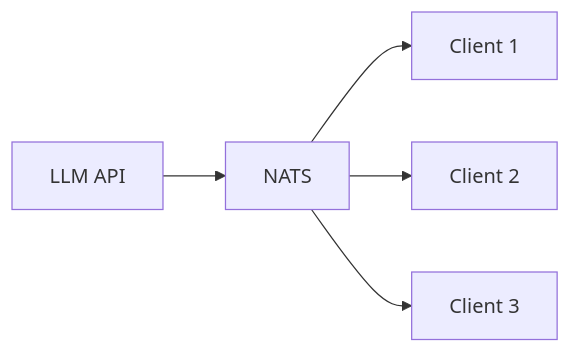
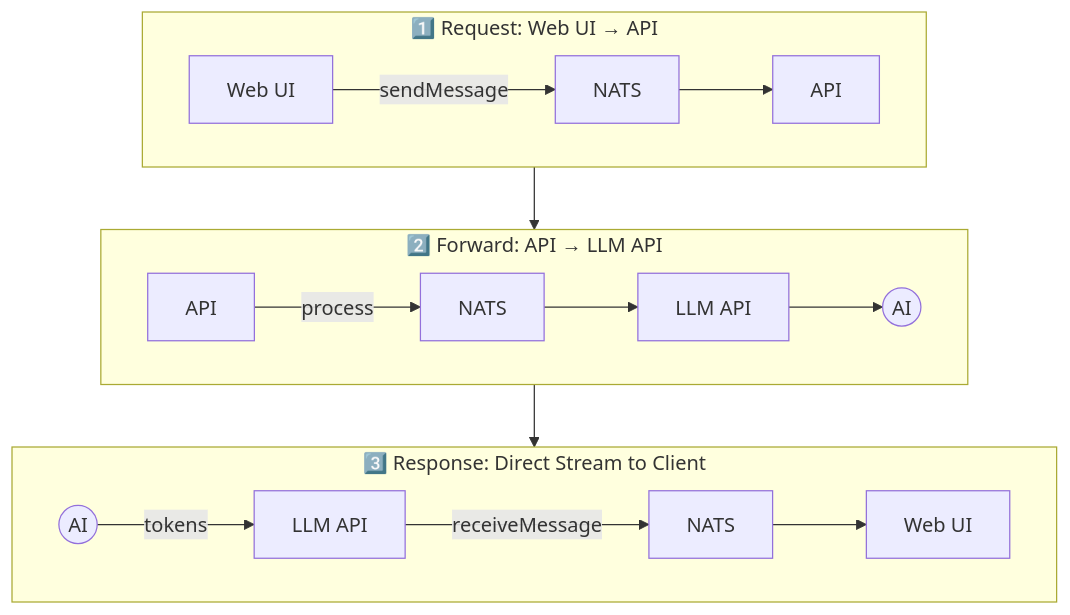
Before and after one commit to Lixpi/lixpi: the third of 4 diagrams in README.md, drawn with Mermaid. The commit also changed other lines of this file, not shown here.

````diff
--- a/README.md
+++ b/README.md
@@ -279,6 +228,16 @@
 ```mermaid
-flowchart LR
-    A["LLM API"] --> B["NATS"] --> C["Client 1"]
-    B --> D["Client 2"]
-    B --> E["Client 3"]
+flowchart TB
+    subgraph Step1["1️⃣ Request: Web UI → API"]
+        A["Web UI"] -->|sendMessage| B["NATS"] --> C["API"]
+    end
+
+    subgraph Step2["2️⃣ Forward: API → LLM API"]
+        D["API"] -->|process| E["NATS"] --> F["LLM API"] --> G(("AI"))
+    end
+
+    subgraph Step3["3️⃣ Response: Direct Stream to Client"]
+        H(("AI")) -->|tokens| I["LLM API"] -->|receiveMessage| J["NATS"] --> K["Web UI"]
+    end
+
+    Step1 --> Step2 --> Step3
 ```
````
